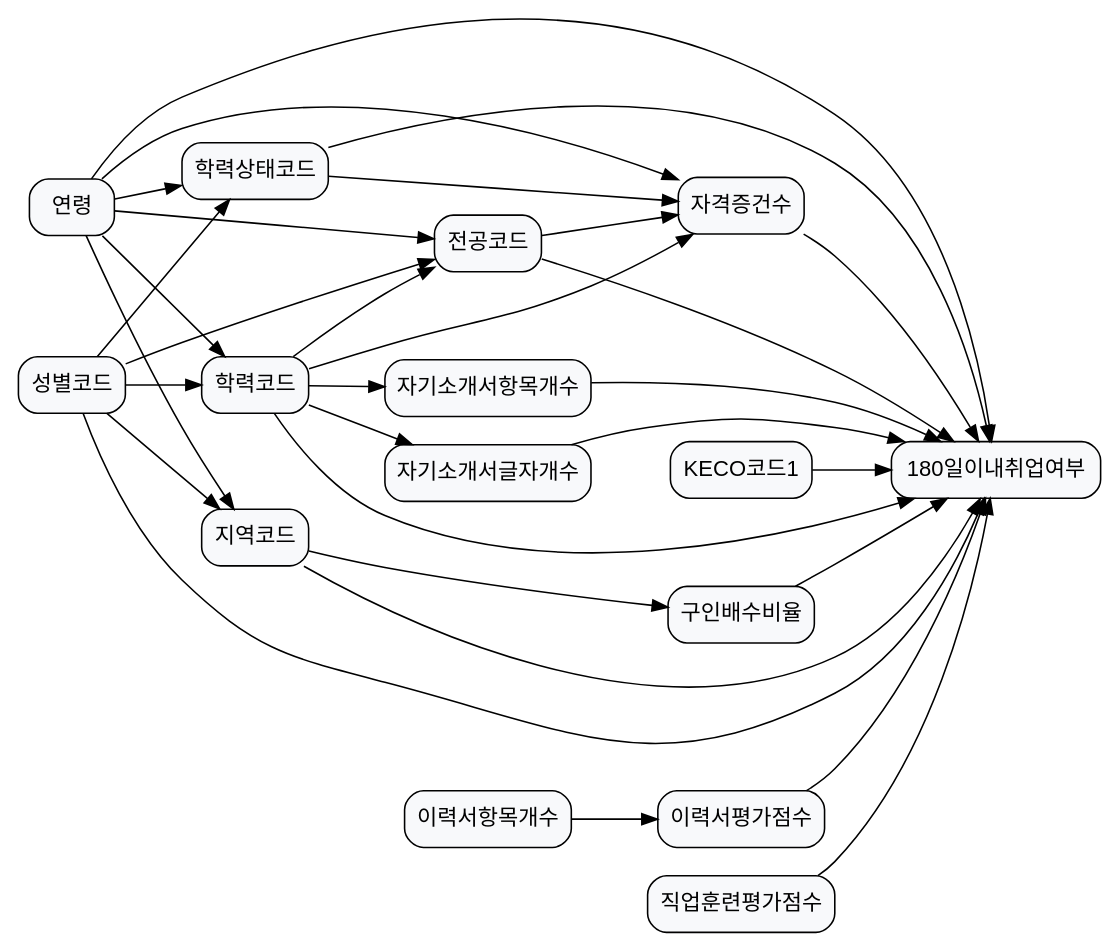
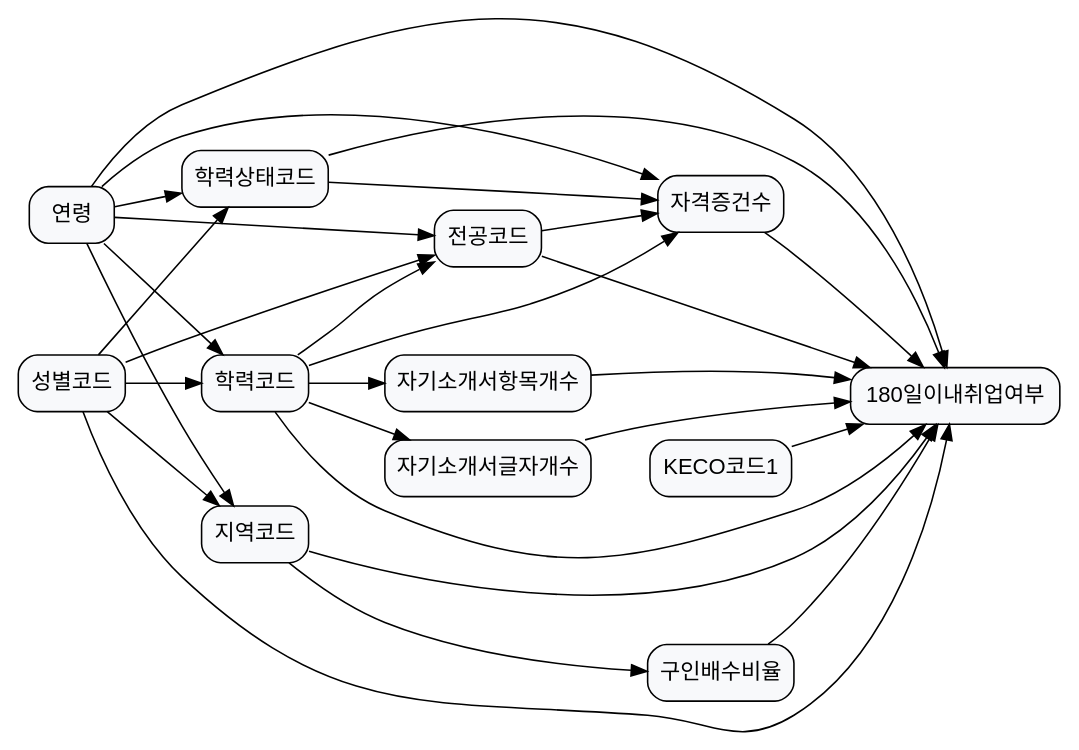
The diagram in laborlab_2/data/graph_data/graph_38.dot (KU-LIM-Lab/dowhy-deep), drawn with Graphviz before and after one commit. The commit also changed 12 other files, not shown here.

Commit message:
graphs updated

```diff
--- a/laborlab_2/data/graph_data/graph_38.dot
+++ b/laborlab_2/data/graph_data/graph_38.dot
@@ -1,49 +1,43 @@
 digraph G {
 rankdir=LR;
 node [fillcolor="#F8F9FB", fontname=Helvetica, shape=box];
 ACCR_CD [label="학력코드", style="rounded,filled"];
 ACCR_STCD [label="학력상태코드", style="rounded,filled"];
 ACQ_180_YN [label="180일이내취업여부", style="rounded,filled"];
 AGE [label="연령", style="rounded,filled"];
 AREA_CD [label="지역코드", style="rounded,filled"];
 CRQF_CT [label="자격증건수", style="rounded,filled"];
 JO_DRNG_RATE [label="구인배수비율", style="rounded,filled"];
 KECO_CD1 [label="KECO코드1", style="rounded,filled"];
 MAJR_CD1 [label="전공코드", style="rounded,filled"];
 SFID_IEM_NUM [label="자기소개서항목개수", style="rounded,filled"];
 SFID_LTTR_NUM [label="자기소개서글자개수", style="rounded,filled"];
 SXDS_CD [label="성별코드", style="rounded,filled"];
-items_num [label="이력서항목개수", style="rounded,filled"];
-resume_score [label="이력서평가점수", style="rounded,filled"];
-training_score [label="직업훈련평가점수", style="rounded,filled"];
 ACCR_CD -> ACQ_180_YN;
 ACCR_CD -> CRQF_CT;
 ACCR_CD -> MAJR_CD1;
 ACCR_CD -> SFID_IEM_NUM;
 ACCR_CD -> SFID_LTTR_NUM;
 ACCR_STCD -> ACQ_180_YN;
 ACCR_STCD -> CRQF_CT;
 AGE -> ACCR_CD;
 AGE -> ACCR_STCD;
 AGE -> ACQ_180_YN;
 AGE -> AREA_CD;
 AGE -> CRQF_CT;
 AGE -> MAJR_CD1;
 AREA_CD -> ACQ_180_YN;
 AREA_CD -> JO_DRNG_RATE;
 CRQF_CT -> ACQ_180_YN;
 JO_DRNG_RATE -> ACQ_180_YN;
 KECO_CD1 -> ACQ_180_YN;
 MAJR_CD1 -> ACQ_180_YN;
 MAJR_CD1 -> CRQF_CT;
 SFID_IEM_NUM -> ACQ_180_YN;
 SFID_LTTR_NUM -> ACQ_180_YN;
 SXDS_CD -> ACCR_CD;
 SXDS_CD -> ACCR_STCD;
 SXDS_CD -> ACQ_180_YN;
 SXDS_CD -> AREA_CD;
 SXDS_CD -> MAJR_CD1;
-items_num -> resume_score;
-resume_score -> ACQ_180_YN;
-training_score -> ACQ_180_YN;
 }
```
